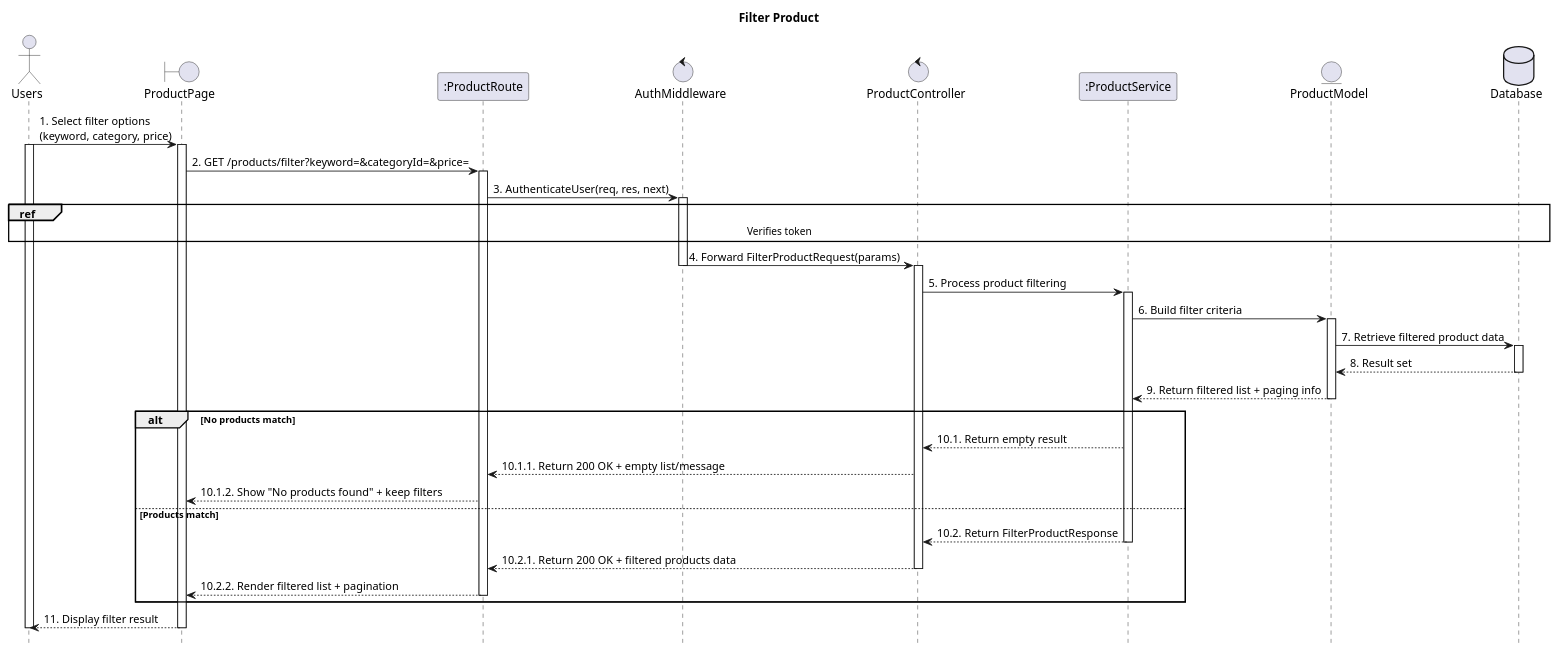
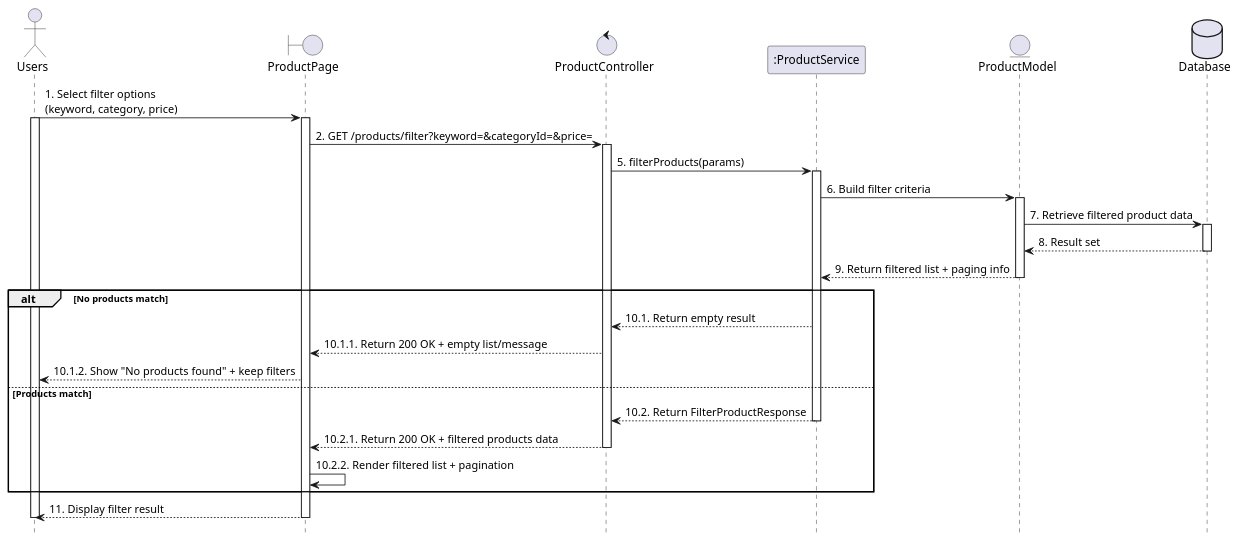
One commit to VietDurian/VietDurian changed the diagram in planuml/web/13.5_filterProduct.puml. Above: the diagram before and after it, drawn with PlantUML. The commit also changed 39 other files, not shown here.

Commit message:
ViVLT: Add sequence diagram

```diff
--- a/planuml/web/13.5_filterProduct.puml
+++ b/planuml/web/13.5_filterProduct.puml
@@ -1,58 +1,47 @@
 @startuml 13.5_filterProduct
 hide footbox
-title Filter Product
 
 actor User as "Users"
 boundary ProductPage as View
-participant ":ProductRoute" as Route
-control "AuthMiddleware" as Middleware
 control "ProductController" as Controller
 participant ":ProductService" as Service
 entity "ProductModel" as Model
 database Database as Database
 
 User -> View : 1. Select filter options\n(keyword, category, price)
 activate View
 activate User
 
-    View -> Route : 2. GET /products/filter?keyword=&categoryId=&price=
-    activate Route
-
-    Route -> Middleware : 3. AuthenticateUser(req, res, next)
-    activate Middleware
-    ref over User, Database : Verifies token
-    Middleware -> Controller : 4. Forward FilterProductRequest(params)
-    deactivate Middleware
+    View -> Controller : 2. GET /products/filter?keyword=&categoryId=&price=
     activate Controller
 
-    Controller -> Service : 5. Process product filtering
+    Controller -> Service : 5. filterProducts(params)
     activate Service
 
     Service -> Model : 6. Build filter criteria
     activate Model
 
     Model -> Database : 7. Retrieve filtered product data
     activate Database
     Database --> Model : 8. Result set
     deactivate Database
 
     Model --> Service : 9. Return filtered list + paging info
     deactivate Model
 
 alt No products match
     Service --> Controller : 10.1. Return empty result
-    Controller --> Route : 10.1.1. Return 200 OK + empty list/message
-    Route --> View : 10.1.2. Show "No products found" + keep filters
+    Controller --> View : 10.1.1. Return 200 OK + empty list/message
+    View --> User : 10.1.2. Show "No products found" + keep filters
 else Products match
     Service --> Controller : 10.2. Return FilterProductResponse
     deactivate Service
-    Controller --> Route : 10.2.1. Return 200 OK + filtered products data
+    Controller --> View : 10.2.1. Return 200 OK + filtered products data
     deactivate Controller
-    Route --> View : 10.2.2. Render filtered list + pagination
-    deactivate Route
+    View -> View : 10.2.2. Render filtered list + pagination
 end
 
 View --> User : 11. Display filter result
 deactivate View
 deactivate User
 @enduml
```
